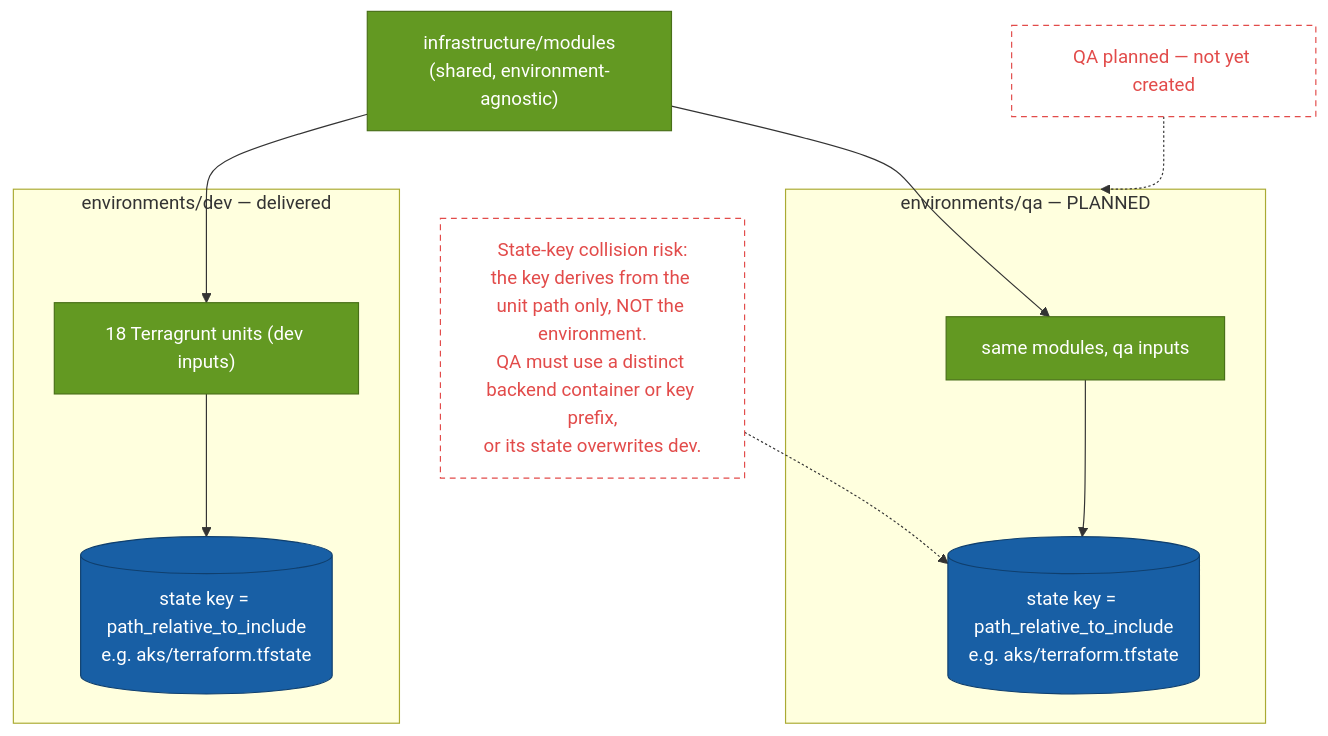
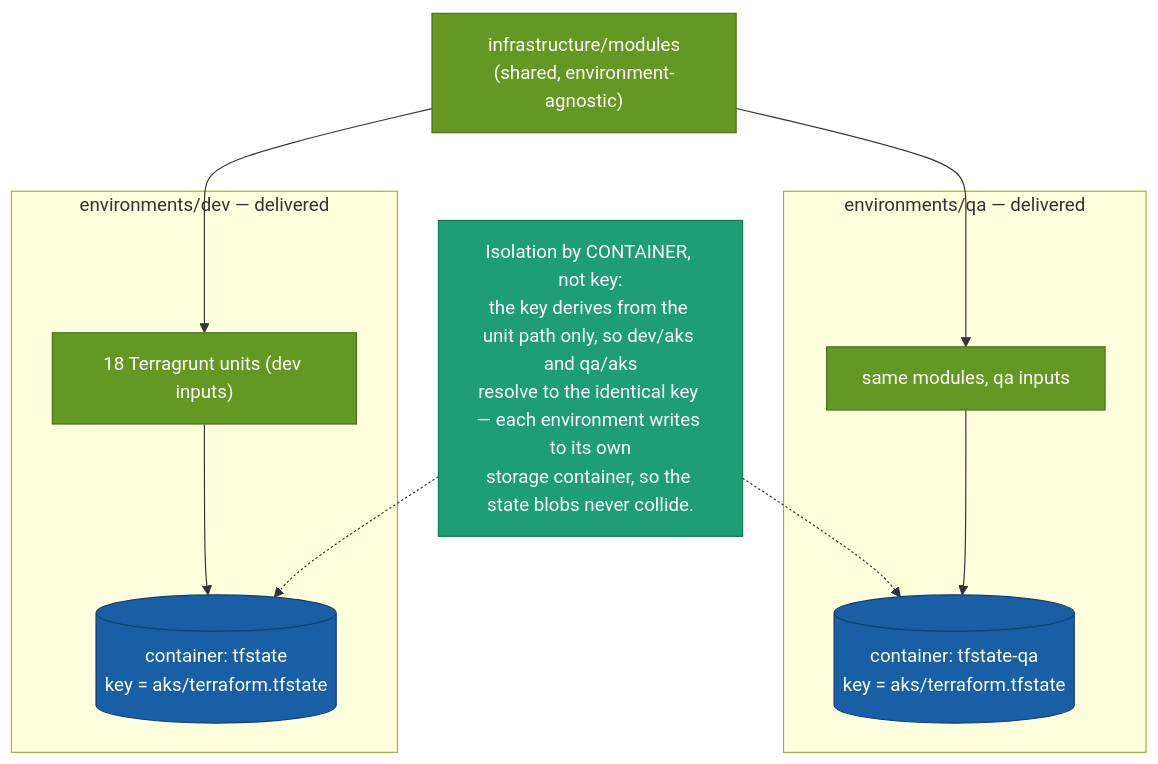
The second of 2 diagrams in docs/development/1-infrastructure-as-code.md (seesathish/AntKart-Cloud), drawn with Mermaid before and after one commit. The commit also changed other lines of this file and 3 other files, not shown here.

````diff
--- a/docs/development/1-infrastructure-as-code.md
+++ b/docs/development/1-infrastructure-as-code.md
@@ -72,33 +72,32 @@
 ```mermaid
 flowchart TB
     MODULES["infrastructure/modules<br/>(shared, environment-agnostic)"]:::cicd
 
     subgraph DEV["environments/dev — delivered"]
         DUNITS["18 Terragrunt units (dev inputs)"]:::cicd
-        DSTATE[("state key = path_relative_to_include<br/>e.g. aks/terraform.tfstate")]:::datastore
+        DSTATE[("container: tfstate<br/>key = aks/terraform.tfstate")]:::datastore
     end
 
-    subgraph QA["environments/qa — PLANNED"]
+    subgraph QA["environments/qa — delivered"]
         QUNITS["same modules, qa inputs"]:::cicd
-        QSTATE[("state key = path_relative_to_include<br/>e.g. aks/terraform.tfstate")]:::datastore
+        QSTATE[("container: tfstate-qa<br/>key = aks/terraform.tfstate")]:::datastore
     end
 
-    RISK["State-key collision risk:<br/>the key derives from the unit path only, NOT the environment.<br/>QA must use a distinct backend container or key prefix,<br/>or its state overwrites dev."]:::issue
-    PLAN["QA planned — not yet created"]:::issue
+    SOLVED["Isolation by CONTAINER, not key:<br/>the key derives from the unit path only, so dev/aks and qa/aks<br/>resolve to the identical key — each environment writes to its own<br/>storage container, so the state blobs never collide."]:::service
 
     MODULES --> DUNITS
     MODULES --> QUNITS
     DUNITS --> DSTATE
     QUNITS --> QSTATE
-    RISK -.-> QSTATE
-    PLAN -.-> QA
+    SOLVED -.-> DSTATE
+    SOLVED -.-> QSTATE
 
     classDef external fill:#B4B2A9,stroke:#7A7870,color:#111,stroke-dasharray:4 3;
     classDef service fill:#1D9E75,stroke:#14795A,color:#FFF;
     classDef paas fill:#0078D4,stroke:#005A9E,color:#FFF;
     classDef datastore fill:#185FA5,stroke:#0F3F6E,color:#FFF;
     classDef identity fill:#BA7517,stroke:#8A560F,color:#FFF;
     classDef edge fill:#7F77DD,stroke:#5B52B8,color:#FFF;
     classDef cicd fill:#639922,stroke:#496F18,color:#FFF;
     classDef issue fill:none,stroke:#E24B4A,color:#E24B4A,stroke-dasharray:5 4;
 ```
````
